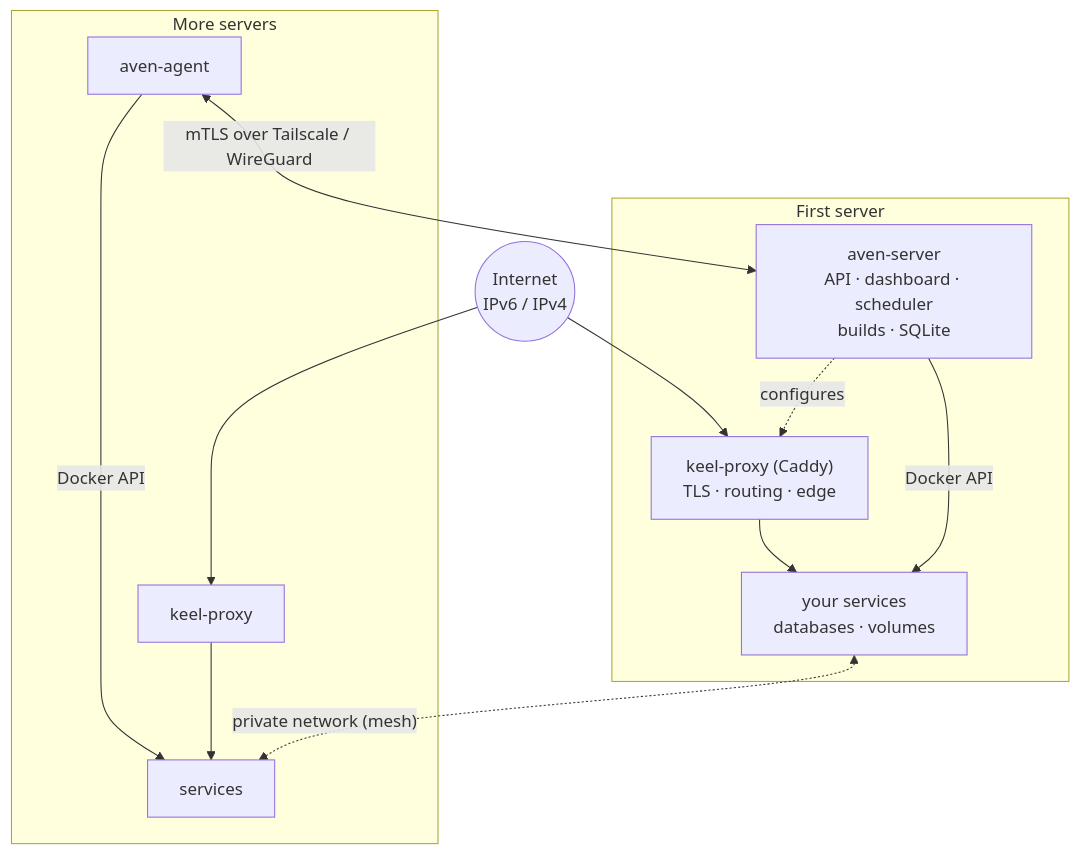
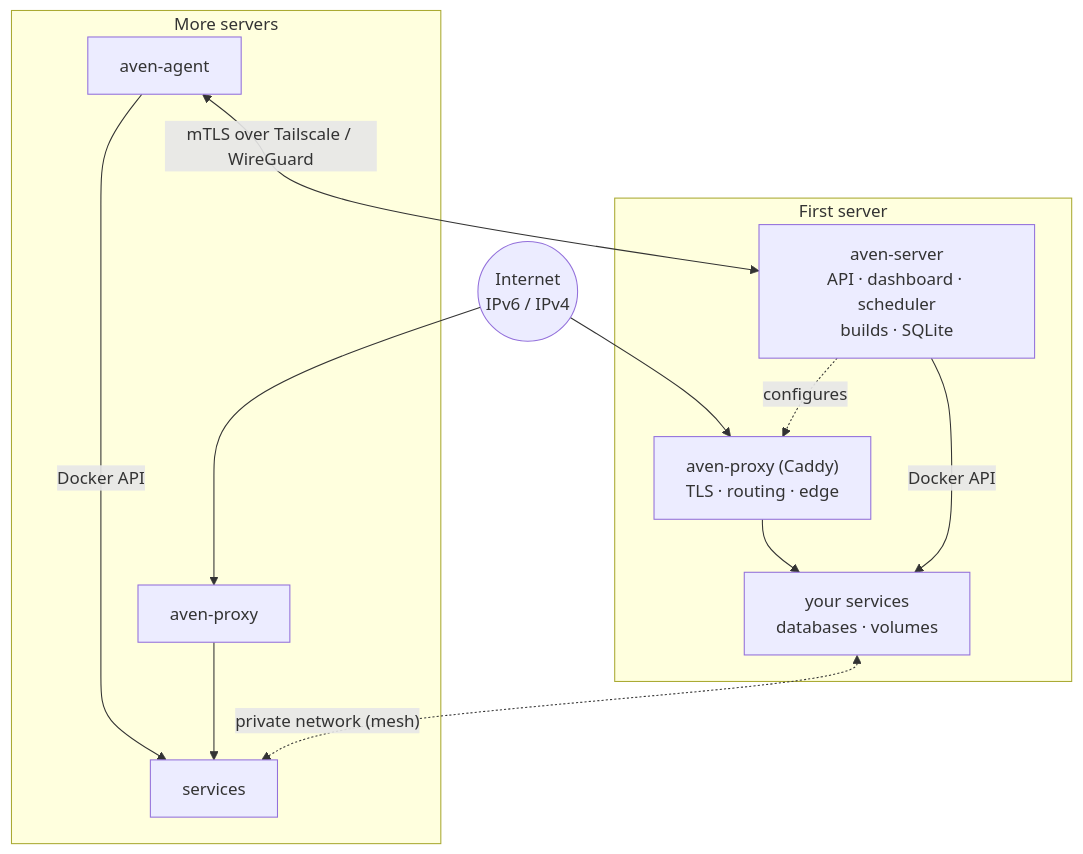
One commit to turin-dev/aven changed the diagram in README.md. Above: the diagram before and after it, drawn with Mermaid. The commit also changed other lines of this file and 1 other file, not shown here.

First line of the commit message:
docs: README uses the Aven runtime names from #10

````diff
--- a/README.md
+++ b/README.md
@@ -210,16 +210,16 @@
 ```mermaid
 flowchart TB
   users((Internet<br/>IPv6 / IPv4)) --> proxy1
   subgraph main["First server"]
-    proxy1["keel-proxy (Caddy)<br/>TLS · routing · edge"] --> apps1["your services<br/>databases · volumes"]
+    proxy1["aven-proxy (Caddy)<br/>TLS · routing · edge"] --> apps1["your services<br/>databases · volumes"]
     server["aven-server<br/>API · dashboard · scheduler<br/>builds · SQLite"] -- Docker API --> apps1
     server -.->|configures| proxy1
   end
   subgraph node2["More servers"]
     agent["aven-agent"] -->|Docker API| apps2["services"]
-    proxy2["keel-proxy"] --> apps2
+    proxy2["aven-proxy"] --> apps2
   end
   users --> proxy2
   agent <-->|"mTLS over Tailscale / WireGuard"| server
   apps1 <-.->|"private network (mesh)"| apps2
 ```
````
